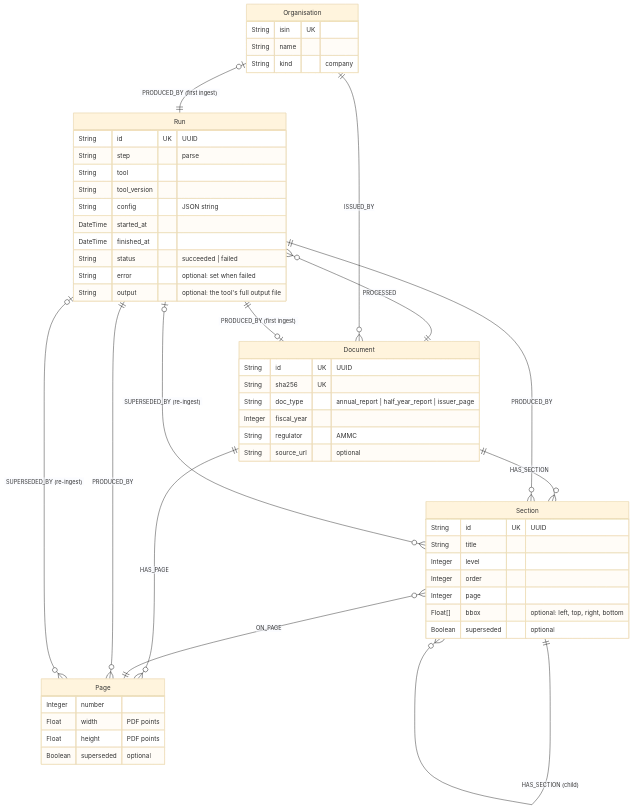
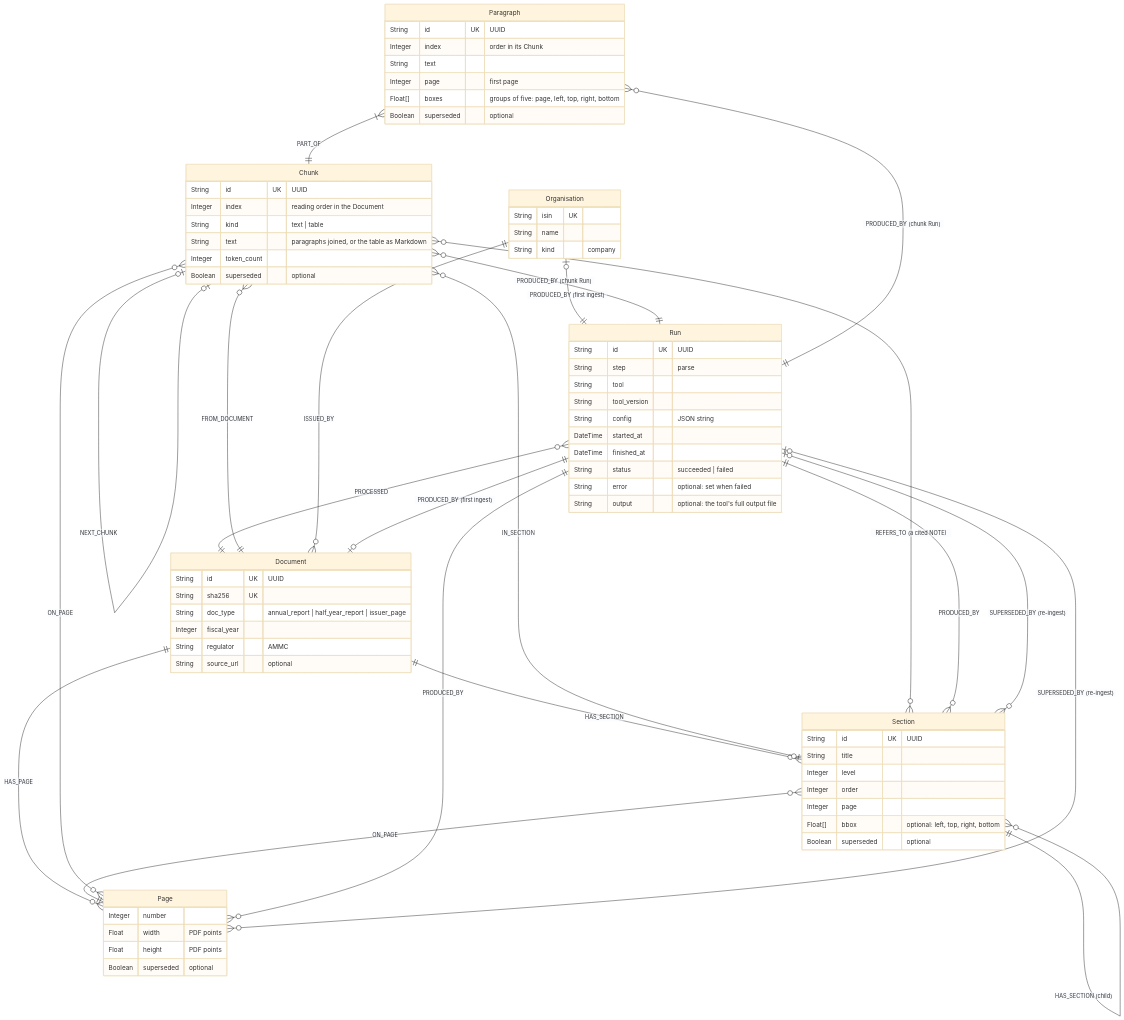
Before and after one commit to zzak00/bloomberg-invest: the diagram in docs/graph-schema.md, drawn with Mermaid (base theme). The commit also changed other lines of this file and 30 other files, not shown here.

First line of the commit message:
Chunk filings by structure into Chunks and Paragraphs

````diff
--- a/docs/graph-schema.md
+++ b/docs/graph-schema.md
@@ -5,56 +5,80 @@
 ```mermaid
 erDiagram
     Organisation {
         String isin UK
         String name
         String kind "company"
     }
     Document {
         String id UK "UUID"
         String sha256 UK
         String doc_type "annual_report | half_year_report | issuer_page"
         Integer fiscal_year
         String regulator "AMMC"
         String source_url "optional"
     }
     Run {
         String id UK "UUID"
         String step "parse"
         String tool
         String tool_version
         String config "JSON string"
         DateTime started_at
         DateTime finished_at
         String status "succeeded | failed"
         String error "optional: set when failed"
         String output "optional: the tool's full output file"
     }
     Section {
         String id UK "UUID"
         String title
         Integer level
         Integer order
         Integer page
         Float[] bbox "optional: left, top, right, bottom"
         Boolean superseded "optional"
     }
     Page {
         Integer number
         Float width "PDF points"
         Float height "PDF points"
         Boolean superseded "optional"
     }
+    Chunk {
+        String id UK "UUID"
+        Integer index "reading order in the Document"
+        String kind "text | table"
+        String text "paragraphs joined, or the table as Markdown"
+        Integer token_count
+        Boolean superseded "optional"
+    }
+    Paragraph {
+        String id UK "UUID"
+        Integer index "order in its Chunk"
+        String text
+        Integer page "first page"
+        Float[] boxes "groups of five: page, left, top, right, bottom"
+        Boolean superseded "optional"
+    }
 
     Document }o--|| Organisation : ISSUED_BY
     Run }o--|| Document : PROCESSED
     Document ||--o{ Page : HAS_PAGE
     Document ||--o{ Section : HAS_SECTION
     Section ||--o{ Section : "HAS_SECTION (child)"
     Section }o--|| Page : ON_PAGE
     Organisation |o--|| Run : "PRODUCED_BY (first ingest)"
     Document |o--|| Run : "PRODUCED_BY (first ingest)"
     Page }o--|| Run : PRODUCED_BY
     Section }o--|| Run : PRODUCED_BY
     Page }o--o| Run : "SUPERSEDED_BY (re-ingest)"
     Section }o--o| Run : "SUPERSEDED_BY (re-ingest)"
+    Chunk }o--|| Document : FROM_DOCUMENT
+    Chunk }o--o| Section : IN_SECTION
+    Chunk }o--o{ Page : ON_PAGE
+    Chunk |o--o| Chunk : NEXT_CHUNK
+    Chunk }o--o{ Section : "REFERS_TO (a cited NOTE)"
+    Paragraph }|--|| Chunk : PART_OF
+    Chunk }o--|| Run : "PRODUCED_BY (chunk Run)"
+    Paragraph }o--|| Run : "PRODUCED_BY (chunk Run)"
 ```
````
